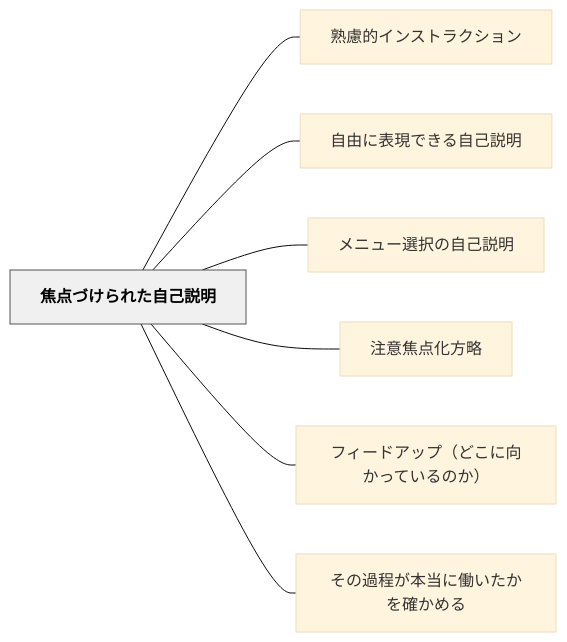
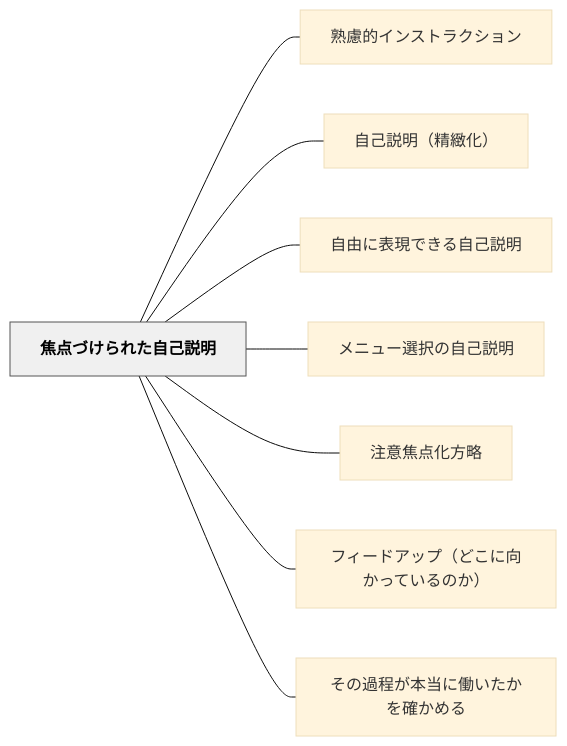
The diagram in content/パタン/焦点づけられた自己説明.md (unknownthings-ed-patterns/unknownthings-ed-patterns), drawn with Mermaid (base theme) before and after one commit. The commit also changed other lines of this file and 19 other files, not shown here.

````diff
--- a/content/パタン/焦点づけられた自己説明.md
+++ b/content/パタン/焦点づけられた自己説明.md
@@ -36,20 +36,22 @@
 ```mermaid
 flowchart LR
     ne784a6e782b9e381a5e38191e38289e3828ce3819fe887aae5b7b1e8aaace6988e["焦点づけられた自己説明"]
     ne7869fe685aee79a84e382a4e383b3e382b9e38388e383a9e382afe382b7e383a7e383b3["熟慮的インストラクション"]
+    ne887aae5b7b1e8aaace6988eefbc88e7b2bee7b7bbe58c96efbc89["自己説明（精緻化）"]
     ne887aae794b1e381abe8a1a8e78fbee381a7e3818de3828be887aae5b7b1e8aaace6988e["自由に表現できる自己説明"]
     ne383a1e3838be383a5e383bce981b8e68a9ee381aee887aae5b7b1e8aaace6988e["メニュー選択の自己説明"]
     ne6b3a8e6848fe784a6e782b9e58c96e696b9e795a5["注意焦点化方略"]
     ne38395e382a3e383bce38389e382a2e38383e38397efbc88e381a9e38193e381abe59091e3818be381a3e381a6e38184e3828be381aee3818befbc89["フィードアップ（どこに向かっているのか）"]
     ne3819de381aee9818ee7a88be3818ce69cace5bd93e381abe5838de38184e3819fe3818be38292e7a2bae3818be38281e3828b["その過程が本当に働いたかを確かめる"]
 
     ne784a6e782b9e381a5e38191e38289e3828ce3819fe887aae5b7b1e8aaace6988e --- ne7869fe685aee79a84e382a4e383b3e382b9e38388e383a9e382afe382b7e383a7e383b3
+    ne784a6e782b9e381a5e38191e38289e3828ce3819fe887aae5b7b1e8aaace6988e --- ne887aae5b7b1e8aaace6988eefbc88e7b2bee7b7bbe58c96efbc89
     ne784a6e782b9e381a5e38191e38289e3828ce3819fe887aae5b7b1e8aaace6988e --- ne887aae794b1e381abe8a1a8e78fbee381a7e3818de3828be887aae5b7b1e8aaace6988e
     ne784a6e782b9e381a5e38191e38289e3828ce3819fe887aae5b7b1e8aaace6988e --- ne383a1e3838be383a5e383bce981b8e68a9ee381aee887aae5b7b1e8aaace6988e
     ne784a6e782b9e381a5e38191e38289e3828ce3819fe887aae5b7b1e8aaace6988e --- ne6b3a8e6848fe784a6e782b9e58c96e696b9e795a5
     ne784a6e782b9e381a5e38191e38289e3828ce3819fe887aae5b7b1e8aaace6988e --- ne38395e382a3e383bce38389e382a2e38383e38397efbc88e381a9e38193e381abe59091e3818be381a3e381a6e38184e3828be381aee3818befbc89
     ne784a6e782b9e381a5e38191e38289e3828ce3819fe887aae5b7b1e8aaace6988e --- ne3819de381aee9818ee7a88be3818ce69cace5bd93e381abe5838de38184e3819fe3818be38292e7a2bae3818be38281e3828b
 
     classDef hub fill:#f0f0f0,stroke:#555,color:#000,font-weight:bold
     class ne784a6e782b9e381a5e38191e38289e3828ce3819fe887aae5b7b1e8aaace6988e hub
 ```
````
